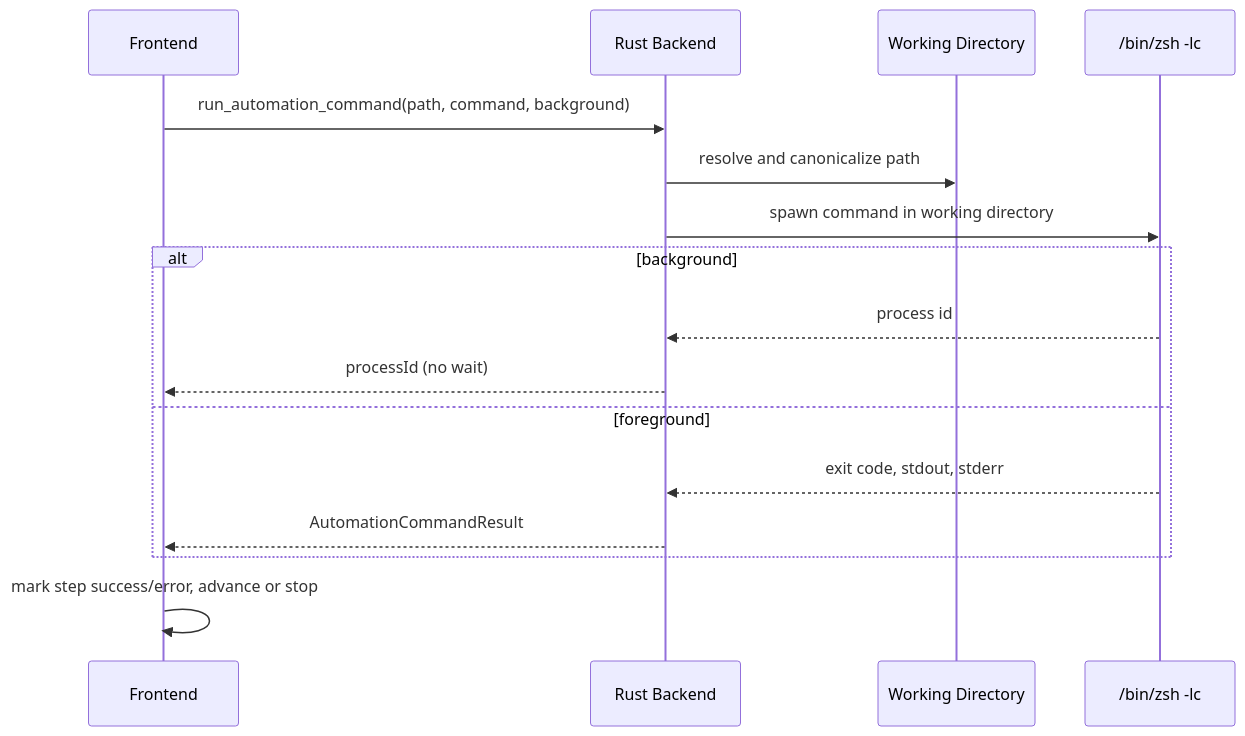
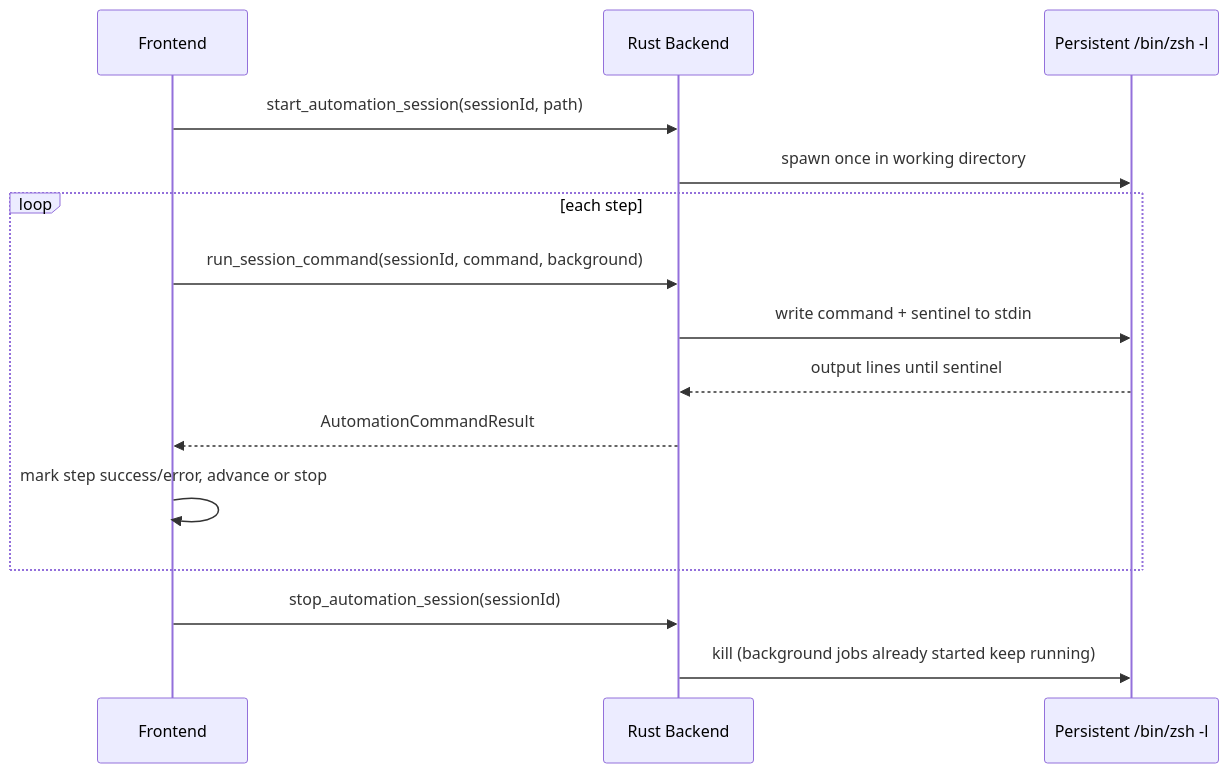
One commit to hannesgnann-hub/easyalias changed the seventh of 10 diagrams in mac_src/docs/ARCHITECTURE.md. Above: the diagram before and after it, drawn with Mermaid. The commit also changed other lines of this file and 3 other files, not shown here.

````diff
--- a/mac_src/docs/ARCHITECTURE.md
+++ b/mac_src/docs/ARCHITECTURE.md
@@ -290,19 +296,18 @@
 ```mermaid
 sequenceDiagram
   participant UI as Frontend
   participant Rust as Rust Backend
-  participant Dir as Working Directory
-  participant Shell as /bin/zsh -lc
+  participant Shell as Persistent /bin/zsh -l
 
-  UI->>Rust: run_automation_command(path, command, background)
-  Rust->>Dir: resolve and canonicalize path
-  Rust->>Shell: spawn command in working directory
-  alt background
-    Shell-->>Rust: process id
-    Rust-->>UI: processId (no wait)
-  else foreground
-    Shell-->>Rust: exit code, stdout, stderr
+  UI->>Rust: start_automation_session(sessionId, path)
+  Rust->>Shell: spawn once in working directory
+  loop each step
+    UI->>Rust: run_session_command(sessionId, command, background)
+    Rust->>Shell: write command + sentinel to stdin
+    Shell-->>Rust: output lines until sentinel
     Rust-->>UI: AutomationCommandResult
+    UI->>UI: mark step success/error, advance or stop
   end
-  UI->>UI: mark step success/error, advance or stop
+  UI->>Rust: stop_automation_session(sessionId)
+  Rust->>Shell: kill (background jobs already started keep running)
 ```
````
